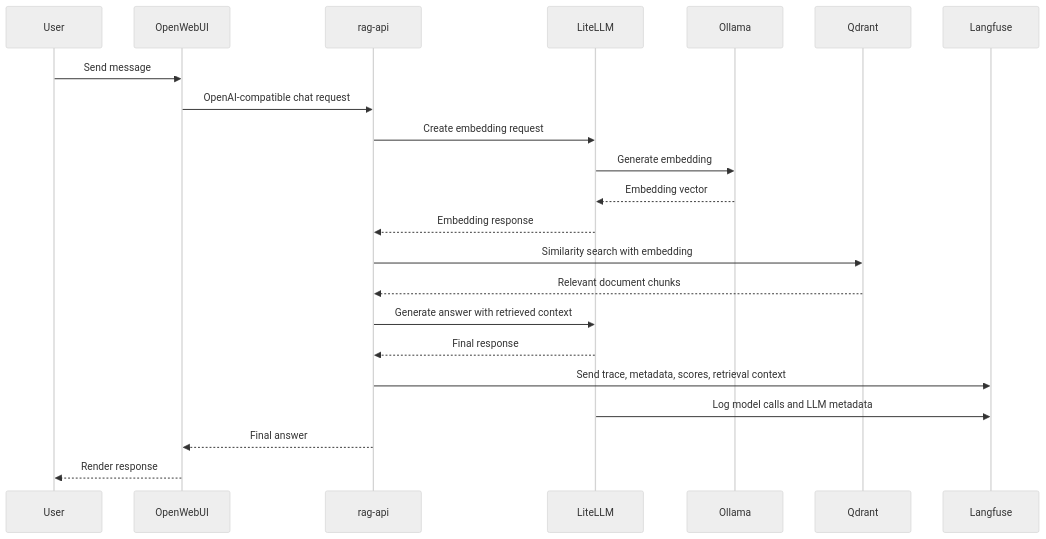
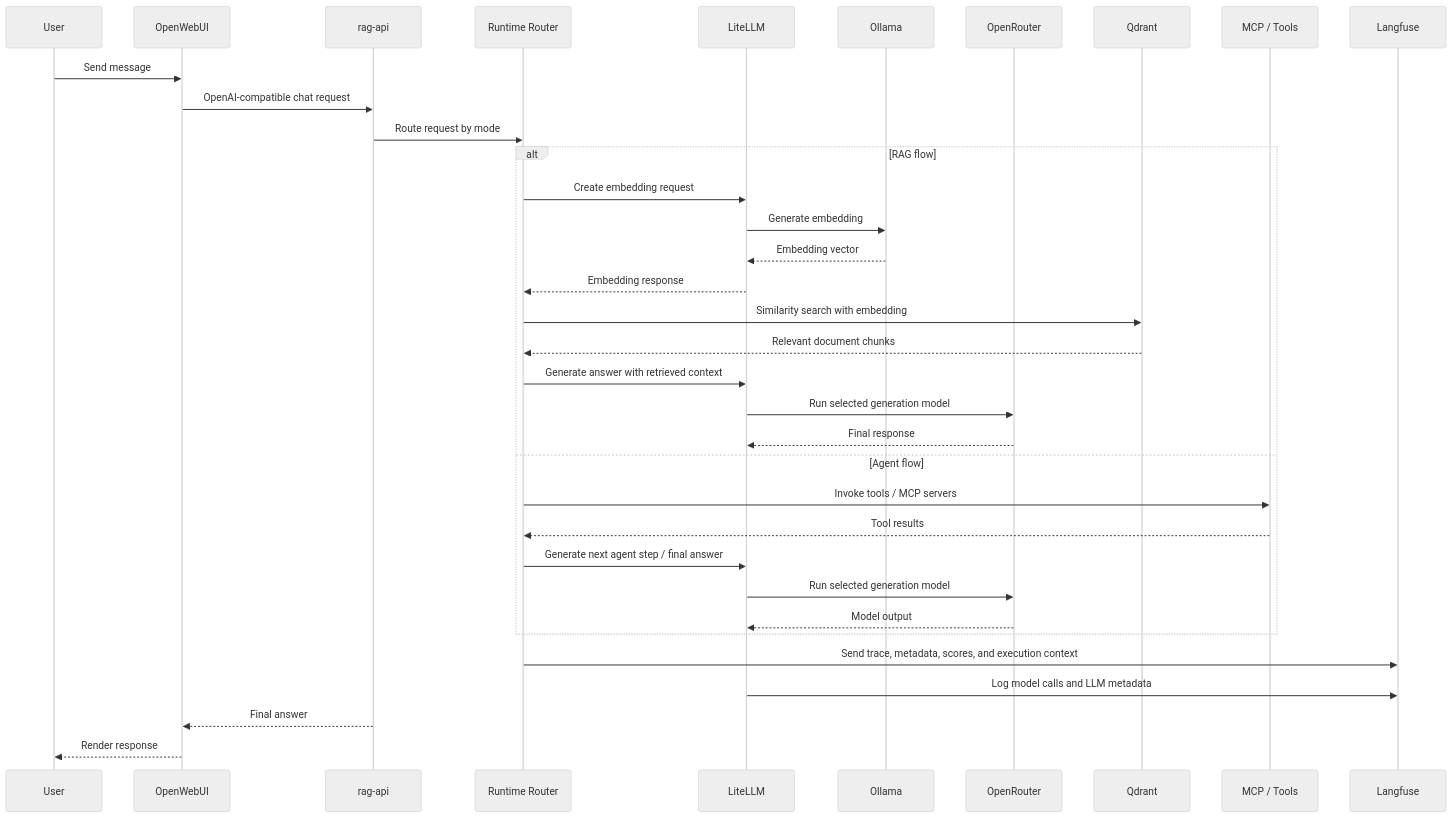
Before and after one commit to glaborie/agentguard: the second of 2 diagrams in docs/architecture.md, drawn with Mermaid (neutral theme). The commit also changed other lines of this file, not shown here.

Commit message:
Update message flow diagram to include RAG and agent paths

````diff
--- a/docs/architecture.md
+++ b/docs/architecture.md
@@ -89,30 +89,44 @@
 ```mermaid
 sequenceDiagram
     participant User
     participant OpenWebUI
     participant RAGAPI as rag-api
+    participant Runtime as Runtime Router
     participant LiteLLM
     participant Ollama
+    participant OpenRouter
     participant Qdrant
+    participant MCPTools as MCP / Tools
     participant Langfuse
 
     User->>OpenWebUI: Send message
     OpenWebUI->>RAGAPI: OpenAI-compatible chat request
+    RAGAPI->>Runtime: Route request by mode
 
-    RAGAPI->>LiteLLM: Create embedding request
-    LiteLLM->>Ollama: Generate embedding
-    Ollama-->>LiteLLM: Embedding vector
-    LiteLLM-->>RAGAPI: Embedding response
+    alt RAG flow
+        Runtime->>LiteLLM: Create embedding request
+        LiteLLM->>Ollama: Generate embedding
+        Ollama-->>LiteLLM: Embedding vector
+        LiteLLM-->>Runtime: Embedding response
 
-    RAGAPI->>Qdrant: Similarity search with embedding
-    Qdrant-->>RAGAPI: Relevant document chunks
+        Runtime->>Qdrant: Similarity search with embedding
+        Qdrant-->>Runtime: Relevant document chunks
 
-    RAGAPI->>LiteLLM: Generate answer with retrieved context
-    LiteLLM-->>RAGAPI: Final response
+        Runtime->>LiteLLM: Generate answer with retrieved context
+        LiteLLM->>OpenRouter: Run selected generation model
+        OpenRouter-->>LiteLLM: Final response
+    else Agent flow
+        Runtime->>MCPTools: Invoke tools / MCP servers
+        MCPTools-->>Runtime: Tool results
 
-    RAGAPI->>Langfuse: Send trace, metadata, scores, retrieval context
+        Runtime->>LiteLLM: Generate next agent step / final answer
+        LiteLLM->>OpenRouter: Run selected generation model
+        OpenRouter-->>LiteLLM: Model output
+    end
+
+    Runtime->>Langfuse: Send trace, metadata, scores, and execution context
     LiteLLM->>Langfuse: Log model calls and LLM metadata
 
     RAGAPI-->>OpenWebUI: Final answer
     OpenWebUI-->>User: Render response
 ```
````
